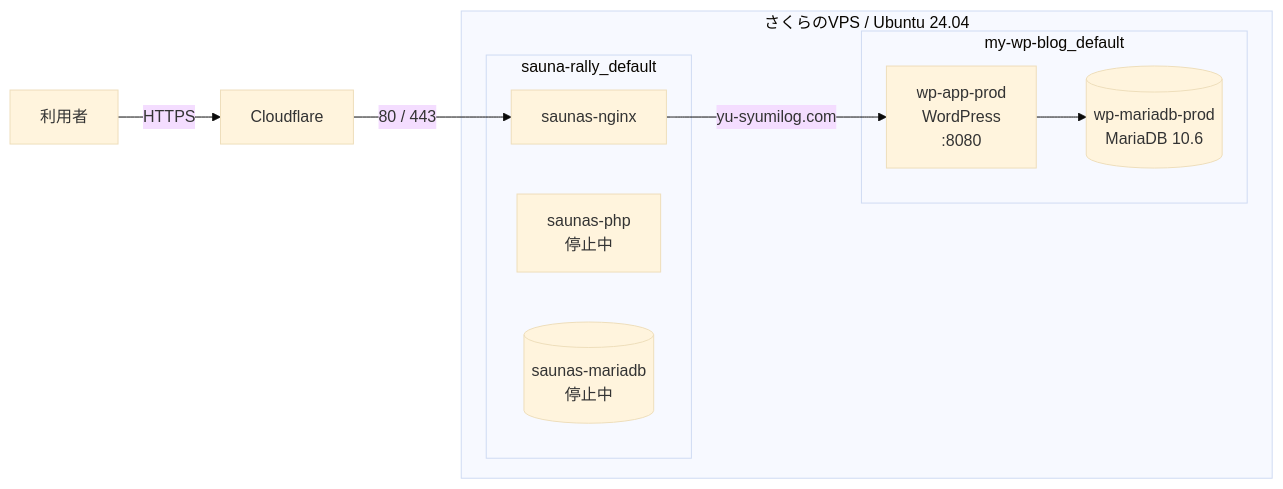
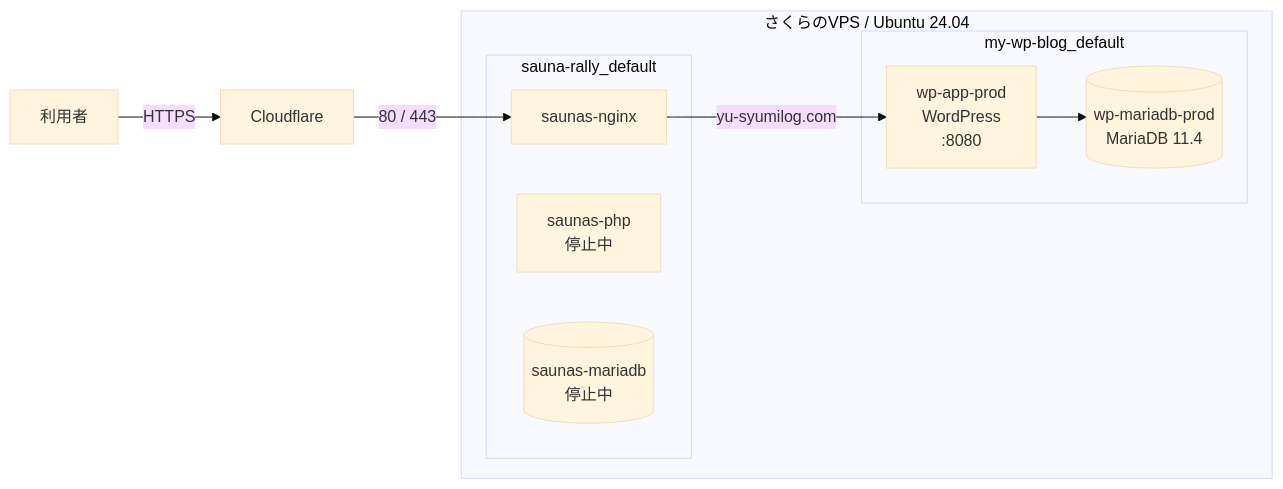
Before and after one commit to yu-corder/server-runbook: the diagram in 00_top.md, drawn with Mermaid (base theme). The commit also changed 2 other files, not shown here.

Commit message:
Update: Document MariaDB upgrade to 11.4.14 on 2026-11-28

````diff
--- a/00_top.md
+++ b/00_top.md
@@ -14,19 +14,19 @@
 ```mermaid
 flowchart LR
     User[利用者] -->|HTTPS| CF[Cloudflare]
     CF -->|80 / 443| NGINX
 
     subgraph VPS[さくらのVPS / Ubuntu 24.04]
         subgraph SR[sauna-rally_default]
             NGINX[saunas-nginx]
             PHP[saunas-php<br>停止中]
             SDB[(saunas-mariadb<br>停止中)]
         end
         subgraph WP[my-wp-blog_default]
             WPAPP[wp-app-prod<br>WordPress<br>:8080]
-            WPDB[(wp-mariadb-prod<br>MariaDB 10.6)]
+            WPDB[(wp-mariadb-prod<br>MariaDB 11.4)]
         end
         NGINX -->|yu-syumilog.com| WPAPP
         WPAPP --> WPDB
     end
 ```
````
